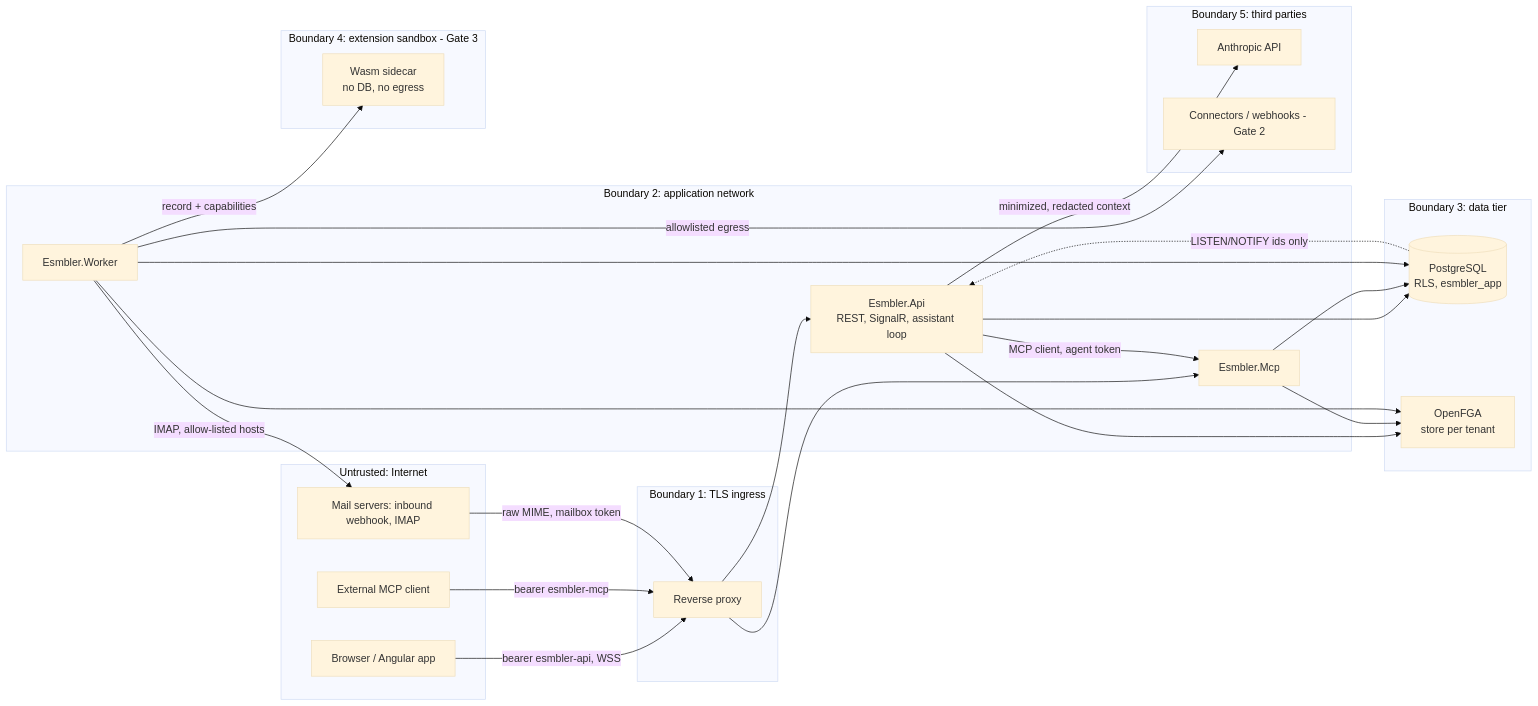
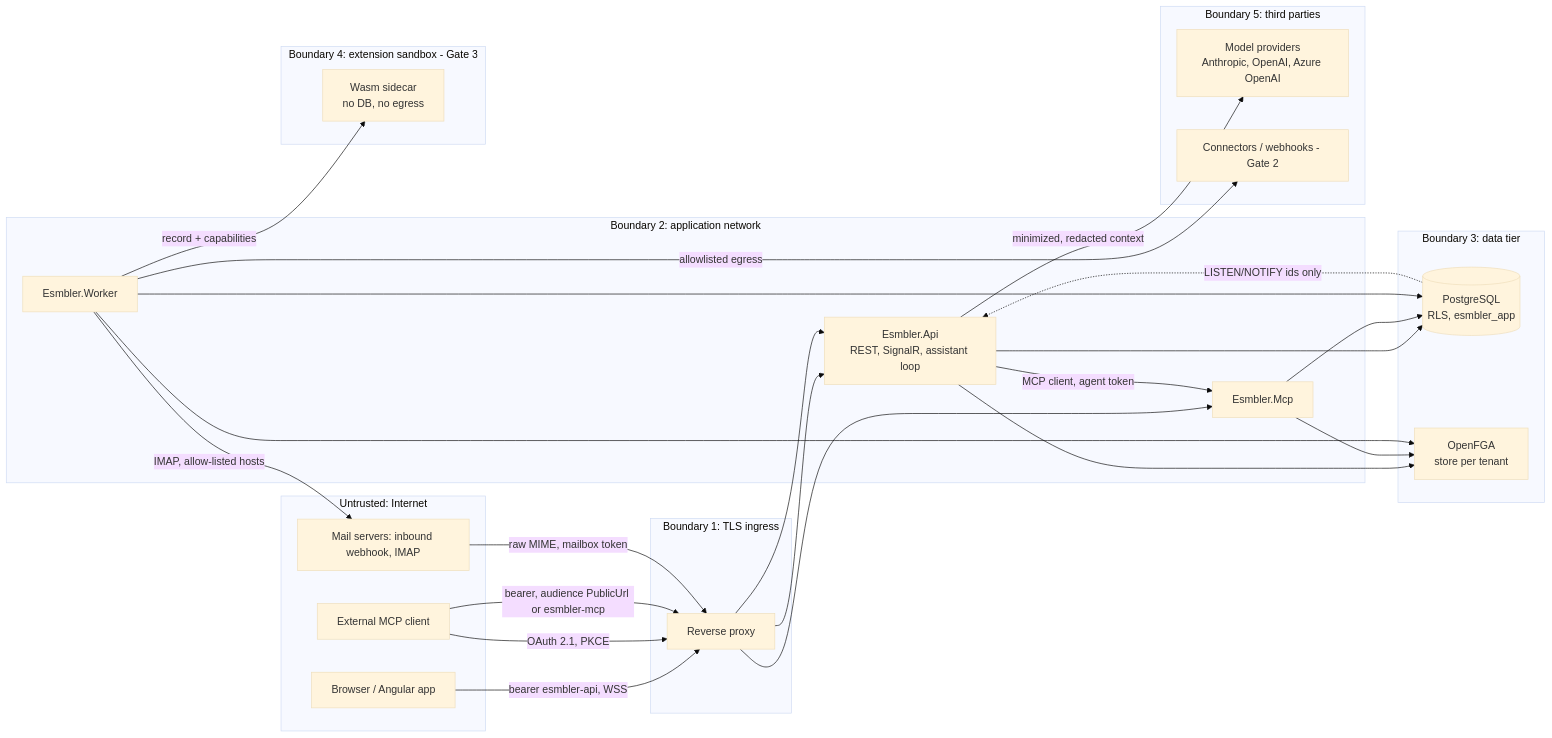
Before and after one commit to DeadEndGG/esmbler: the diagram in docs/security/threat-model.md, drawn with Mermaid (base theme). The commit also changed other lines of this file and 15 other files, not shown here.

````diff
--- a/docs/security/threat-model.md
+++ b/docs/security/threat-model.md
@@ -27,42 +27,43 @@
 ```mermaid
 flowchart LR
     subgraph Internet["Untrusted: Internet"]
         B[Browser / Angular app]
         EXT[External MCP client]
         MAIL[Mail servers: inbound webhook, IMAP]
     end
     subgraph Edge["Boundary 1: TLS ingress"]
         RP[Reverse proxy]
     end
     subgraph App["Boundary 2: application network"]
         API[Esmbler.Api<br/>REST, SignalR, assistant loop]
         MCP[Esmbler.Mcp]
         WRK[Esmbler.Worker]
     end
     subgraph Data["Boundary 3: data tier"]
         PG[(PostgreSQL<br/>RLS, esmbler_app)]
         FGA[OpenFGA<br/>store per tenant]
     end
     subgraph Sandbox["Boundary 4: extension sandbox - Gate 3"]
         WASM[Wasm sidecar<br/>no DB, no egress]
     end
     subgraph Third["Boundary 5: third parties"]
-        ANT[Anthropic API]
+        ANT[Model providers<br/>Anthropic, OpenAI, Azure OpenAI]
         CONN[Connectors / webhooks - Gate 2]
     end
     B -->|bearer esmbler-api, WSS| RP --> API
-    EXT -->|bearer esmbler-mcp| RP --> MCP
+    EXT -->|OAuth 2.1, PKCE| RP --> API
+    EXT -->|bearer, audience PublicUrl or esmbler-mcp| RP --> MCP
     MAIL -->|raw MIME, mailbox token| RP
     WRK -->|IMAP, allow-listed hosts| MAIL
     API -->|MCP client, agent token| MCP
     API -->|minimized, redacted context| ANT
     API --> PG
     MCP --> PG
     WRK --> PG
     API --> FGA
     MCP --> FGA
     WRK --> FGA
     PG -.->|LISTEN/NOTIFY ids only| API
     WRK -->|record + capabilities| WASM
     WRK -->|allowlisted egress| CONN
 ```
````
